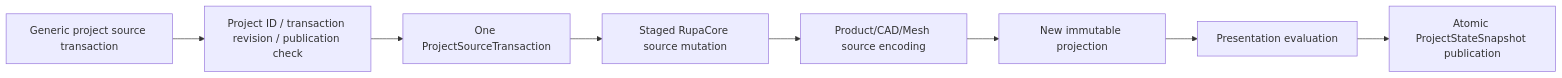
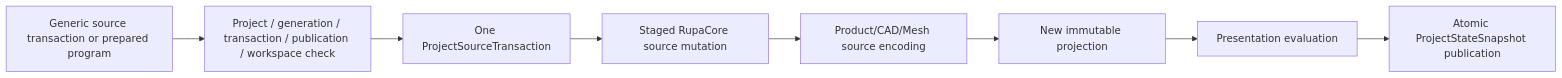
The first of 4 diagrams in RupaKit/Sources/RupaProject/DESIGN.md (1amageek/Rupa), drawn with Mermaid before and after one commit. The commit also changed other lines of this file and 43 other files, not shown here.

````diff
--- a/RupaKit/Sources/RupaProject/DESIGN.md
+++ b/RupaKit/Sources/RupaProject/DESIGN.md
@@ -38,10 +42,10 @@
 ```mermaid
 flowchart LR
-    Request["Generic project source transaction"] --> Coordinate["Project ID / transaction revision / publication check"]
+    Request["Generic source transaction or prepared program"] --> Coordinate["Project / generation / transaction / publication / workspace check"]
     Coordinate --> SourceTx["One ProjectSourceTransaction"]
     SourceTx --> Core["Staged RupaCore source mutation"]
     Core --> Sources["Product/CAD/Mesh source encoding"]
     Sources --> Projection["New immutable projection"]
     Projection --> Evaluation["Presentation evaluation"]
     Evaluation --> Publish["Atomic ProjectStateSnapshot publication"]
 ```
````
